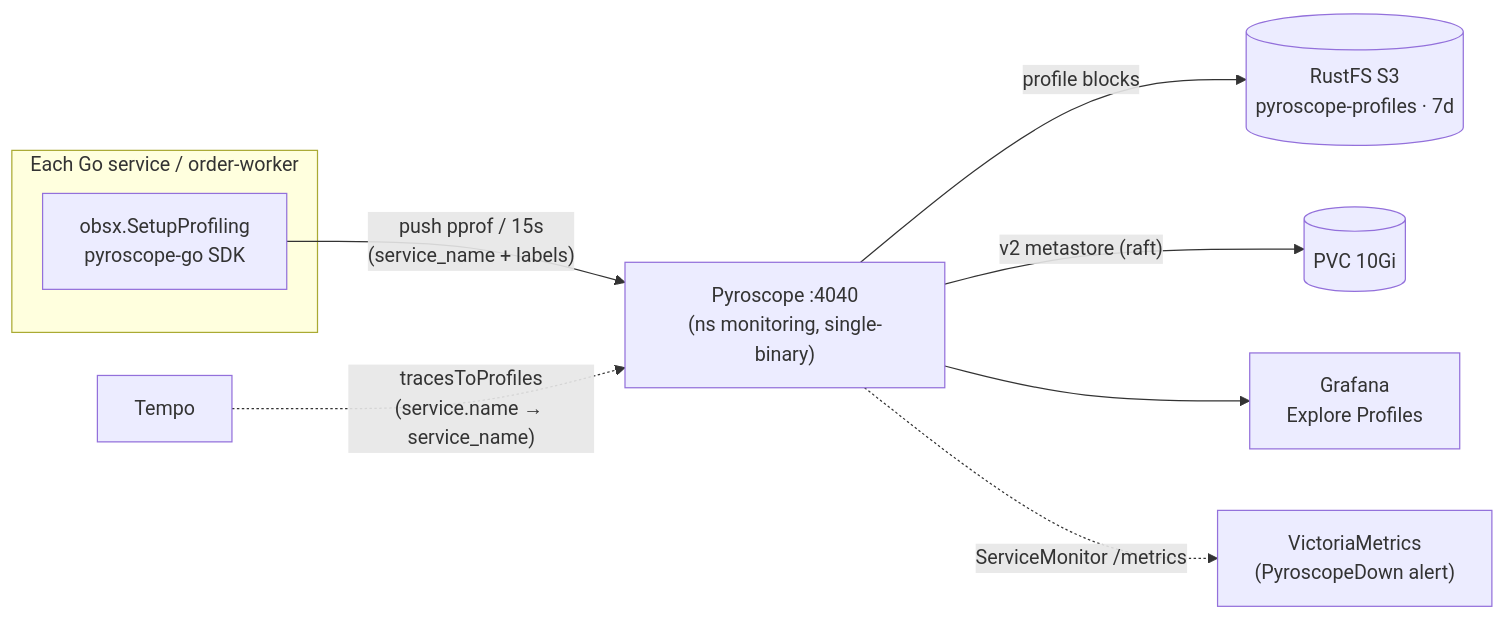
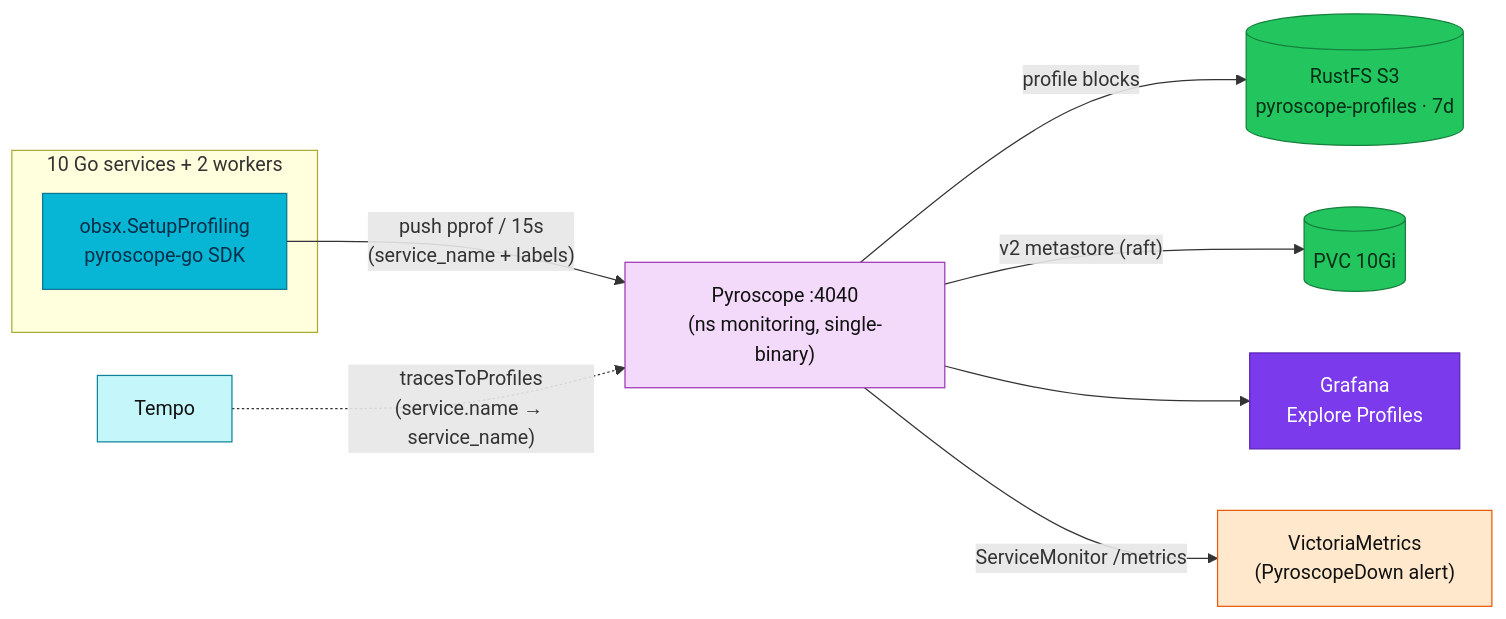
Before and after one commit to duynhlab/homelab: the first of 2 diagrams in docs/observability/profiling/README.md, drawn with Mermaid. The commit also changed other lines of this file and 33 other files, not shown here.

First line of the commit message:
Refresh observability diagrams (#516)

````diff
--- a/docs/observability/profiling/README.md
+++ b/docs/observability/profiling/README.md
@@ -80,12 +80,24 @@
 ```mermaid
 flowchart LR
-    subgraph svc[Each Go service / order-worker]
+    subgraph svc[10 Go services + 2 workers]
       SDK["obsx.SetupProfiling<br/>pyroscope-go SDK"]
     end
     SDK -- "push pprof / 15s<br/>(service_name + labels)" --> PYRO["Pyroscope :4040<br/>(ns monitoring, single-binary)"]
     PYRO -- "profile blocks" --> S3[("RustFS S3<br/>pyroscope-profiles · 7d")]
     PYRO -- "v2 metastore (raft)" --> PVC[("PVC 10Gi")]
     PYRO --> GRAF["Grafana<br/>Explore Profiles"]
     TEMPO["Tempo"] -. "tracesToProfiles<br/>(service.name → service_name)" .-> PYRO
-    PYRO -. "ServiceMonitor /metrics" .-> VM["VictoriaMetrics<br/>(PyroscopeDown alert)"]
+    PYRO -->|"ServiceMonitor /metrics"| VM["VictoriaMetrics<br/>(PyroscopeDown alert)"]
+    classDef service fill:#06b6d4,color:#082f49,stroke:#0e7490;
+    classDef data fill:#22c55e,color:#052e16,stroke:#15803d;
+    classDef metric fill:#ffe8cc,color:#111,stroke:#e8590c;
+    classDef trace fill:#c5f6fa,color:#111,stroke:#0c8599;
+    classDef profile fill:#f3d9fa,color:#111,stroke:#9c36b5;
+    classDef platform fill:#7c3aed,color:#fff,stroke:#5b21b6;
+    class SDK service;
+    class PYRO profile;
+    class S3,PVC data;
+    class GRAF platform;
+    class TEMPO trace;
+    class VM metric;
 ```
````
